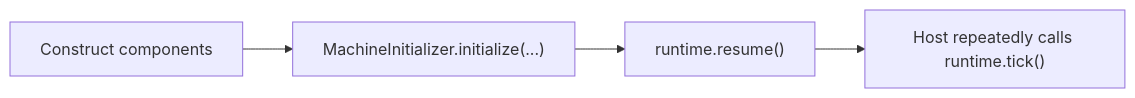
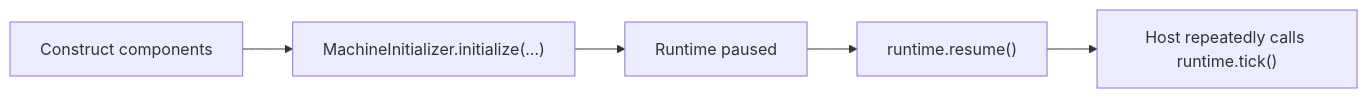
The second of 3 diagrams in docs/architecture/machine-lifecycle.md (fa-ribeiro/Chip8NX), drawn with Mermaid before and after one commit. The commit also changed other lines of this file and 4 other files, not shown here.

````diff
--- a/docs/architecture/machine-lifecycle.md
+++ b/docs/architecture/machine-lifecycle.md
@@ -132,9 +112,10 @@
 ```mermaid
 flowchart LR
     Build["Construct components"]
     Init["MachineInitializer.initialize(...)"]
+    Paused["Runtime paused"]
     Resume["runtime.resume()"]
     Tick["Host repeatedly calls runtime.tick()"]
 
-    Build --> Init --> Resume --> Tick
+    Build --> Init --> Paused --> Resume --> Tick
 ```
````
